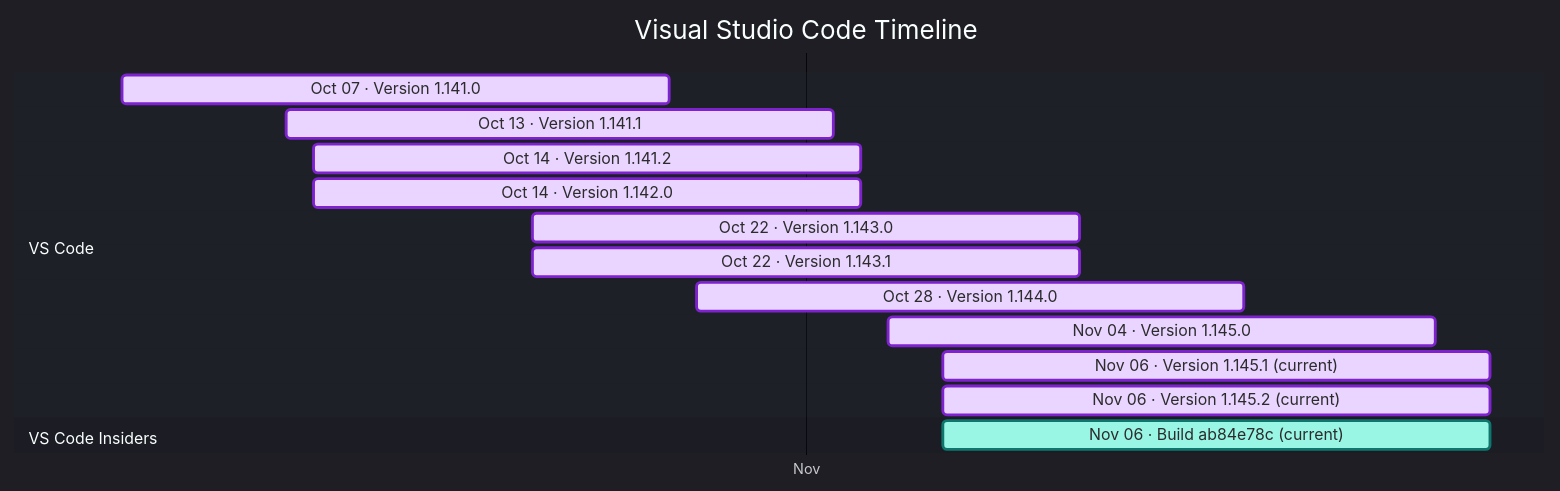
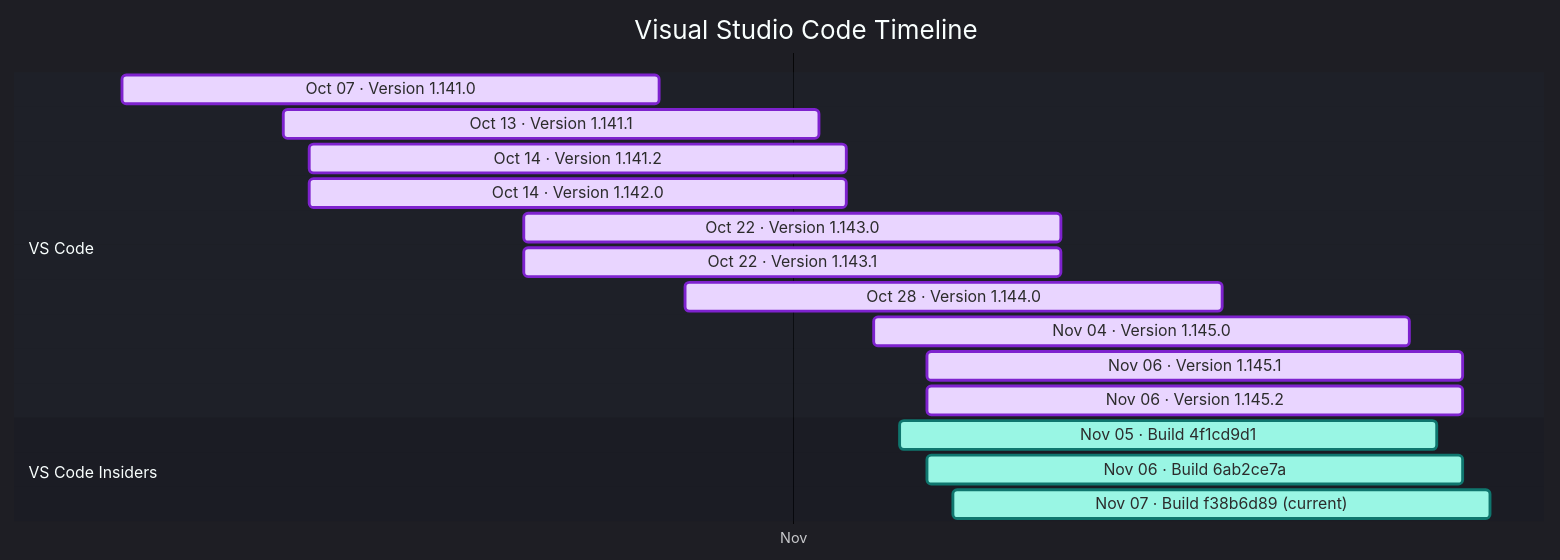
Before and after one commit to Oxelya-DevTools/VisualStudioUpdate: the diagram in docs/vscode.md, drawn with Mermaid. The commit also changed other lines of this file and 1 other file, not shown here.

Commit message:
Update generated release feeds

````diff
--- a/docs/vscode.md
+++ b/docs/vscode.md
@@ -9,21 +9,23 @@
 ```mermaid
 %%{init: {'theme':'dark','themeVariables': { 'fontFamily': 'Segoe UI', 'fontSize': '24px', 'textColor': '#F3F4F6', 'titleTextColor': '#FFFFFF', 'taskTextColor': '#111827', 'taskTextLightColor': '#111827', 'taskTextOutsideColor': '#F3F4F6', 'taskBkgColor': '#BAE6FD', 'taskBorderColor': '#0369A1', 'doneTaskBkgColor': '#E9D5FF', 'doneTaskBorderColor': '#7E22CE', 'activeTaskBkgColor': '#99F6E4', 'activeTaskBorderColor': '#0F766E', 'critTaskBkgColor': '#FED7AA', 'critTaskBorderColor': '#C2410C', 'sectionBkgColor': '#1F2937', 'altSectionBkgColor': '#111827', 'gridColor': '#4B5563', 'todayLineColor': '#F87171' }}}%%
 gantt
     title Visual Studio Code Timeline
     dateFormat  YYYY-MM-DD
     axisFormat  %b
     tickInterval 1month
     section VS Code
     Oct 07 · Version 1.141.0 : done, vscode202610070, 2026-10-07, 20d
     Oct 13 · Version 1.141.1 : done, vscode202610131, 2026-10-13, 20d
     Oct 14 · Version 1.141.2 : done, vscode202610142, 2026-10-14, 20d
     Oct 14 · Version 1.142.0 : done, vscode202610143, 2026-10-14, 20d
     Oct 22 · Version 1.143.0 : done, vscode202610224, 2026-10-22, 20d
     Oct 22 · Version 1.143.1 : done, vscode202610225, 2026-10-22, 20d
     Oct 28 · Version 1.144.0 : done, vscode202610286, 2026-10-28, 20d
     Nov 04 · Version 1.145.0 : done, vscode202611047, 2026-11-04, 20d
-    Nov 06 · Version 1.145.1 (current) : done, vscode202611068, 2026-11-06, 20d
-    Nov 06 · Version 1.145.2 (current) : done, vscode202611069, 2026-11-06, 20d
+    Nov 06 · Version 1.145.1 : done, vscode202611068, 2026-11-06, 20d
+    Nov 06 · Version 1.145.2 : done, vscode202611069, 2026-11-06, 20d
     section VS Code Insiders
-    Nov 06 · Build ab84e78c (current) : active, vscodeinsiders202611060, 2026-11-06, 20d
+    Nov 05 · Build 4f1cd9d1 : active, vscodeinsiders202611050, 2026-11-05, 20d
+    Nov 06 · Build 6ab2ce7a : active, vscodeinsiders202611061, 2026-11-06, 20d
+    Nov 07 · Build f38b6d89 (current) : active, vscodeinsiders202611072, 2026-11-07, 20d
 ```
````
